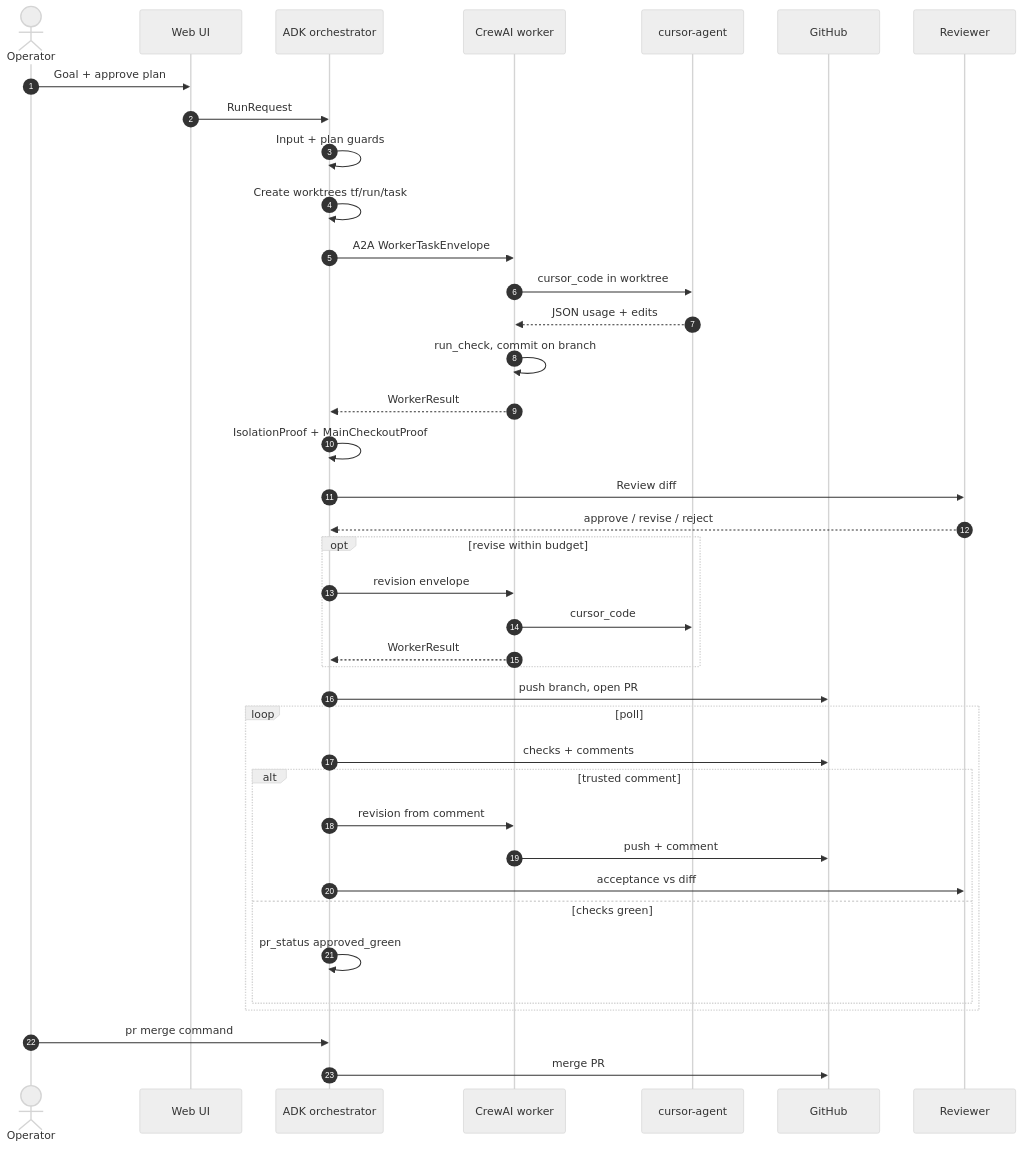
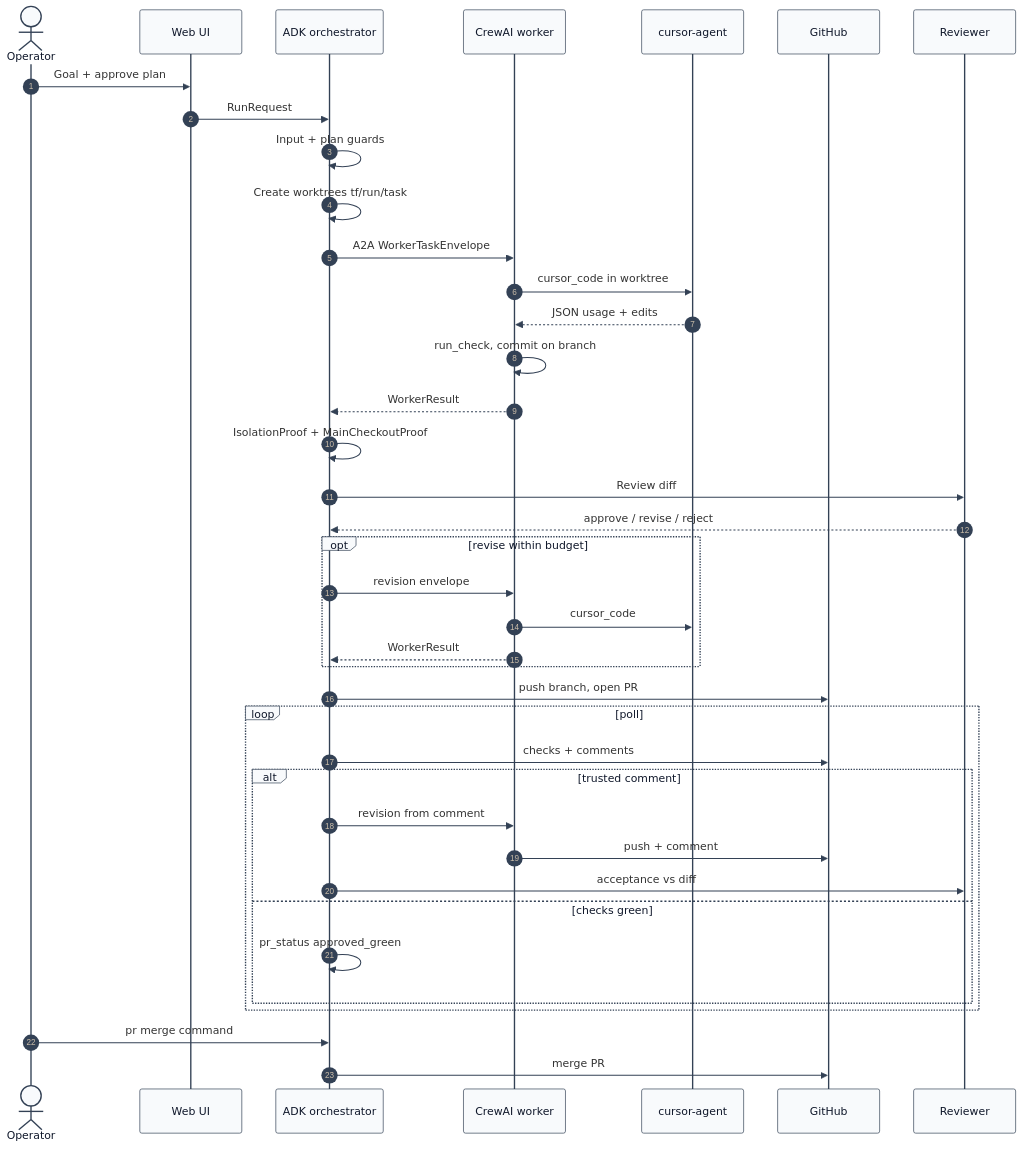
Before and after one commit to AmartyaKumar11/TreeFleet: the diagram in docs/img/diagrams/sequence-run.mmd, drawn with Mermaid. The commit also changed 10 other files, not shown here.

Commit message:
docs: improve diagram contrast and drop AO comparison from README.

```diff
--- a/docs/img/diagrams/sequence-run.mmd
+++ b/docs/img/diagrams/sequence-run.mmd
@@ -1,41 +1,41 @@
-%%{init: {'theme': 'neutral'}}%%
+%%{init: {'theme': 'base', 'themeVariables': {'background': '#ffffff', 'actorBkg': '#f8fafc', 'actorBorder': '#334155', 'actorTextColor': '#0f172a', 'signalColor': '#334155', 'lineColor': '#334155', 'labelBoxBkgColor': '#f8fafc', 'labelBoxBorderColor': '#334155', 'labelTextColor': '#0f172a', 'noteBkgColor': '#fef9c3', 'noteTextColor': '#0f172a', 'noteBorderColor': '#334155'}}}%%
 sequenceDiagram
   autonumber
   actor Op as Operator
   participant UI as Web UI
   participant Orch as ADK orchestrator
   participant W as CrewAI worker
   participant Cur as cursor-agent
   participant GH as GitHub
   participant Rev as Reviewer
 
   Op->>UI: Goal + approve plan
   UI->>Orch: RunRequest
   Orch->>Orch: Input + plan guards
   Orch->>Orch: Create worktrees tf/run/task
   Orch->>W: A2A WorkerTaskEnvelope
   W->>Cur: cursor_code in worktree
   Cur-->>W: JSON usage + edits
   W->>W: run_check, commit on branch
   W-->>Orch: WorkerResult
   Orch->>Orch: IsolationProof + MainCheckoutProof
   Orch->>Rev: Review diff
   Rev-->>Orch: approve / revise / reject
   opt revise within budget
     Orch->>W: revision envelope
     W->>Cur: cursor_code
     W-->>Orch: WorkerResult
   end
   Orch->>GH: push branch, open PR
   loop poll
     Orch->>GH: checks + comments
     alt trusted comment
       Orch->>W: revision from comment
       W->>GH: push + comment
       Orch->>Rev: acceptance vs diff
     else checks green
       Orch->>Orch: pr_status approved_green
     end
   end
   Op->>Orch: pr merge command
   Orch->>GH: merge PR
```
